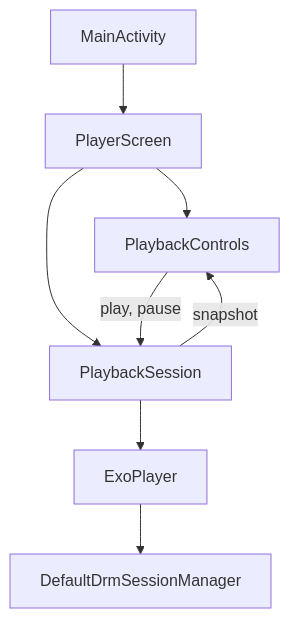
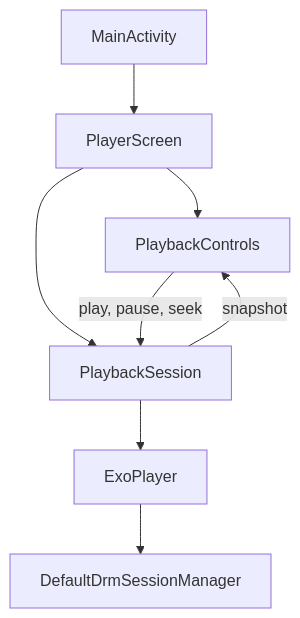
Before and after one commit to SDS37/playpath-lab: the diagram in apps/android/README.md, drawn with Mermaid. The commit also changed other lines of this file and 13 other files, not shown here.

````diff
--- a/apps/android/README.md
+++ b/apps/android/README.md
@@ -31,10 +32,10 @@
 ```mermaid
 flowchart TD
   activity["MainActivity"] --> screen["PlayerScreen"]
   screen --> controls["PlaybackControls"]
   screen --> session["PlaybackSession"]
   session --> exo["ExoPlayer"]
   exo --> drm["DefaultDrmSessionManager"]
-  controls -->|play, pause| session
+  controls -->|play, pause, seek| session
   session -->|snapshot| controls
 ```
````
